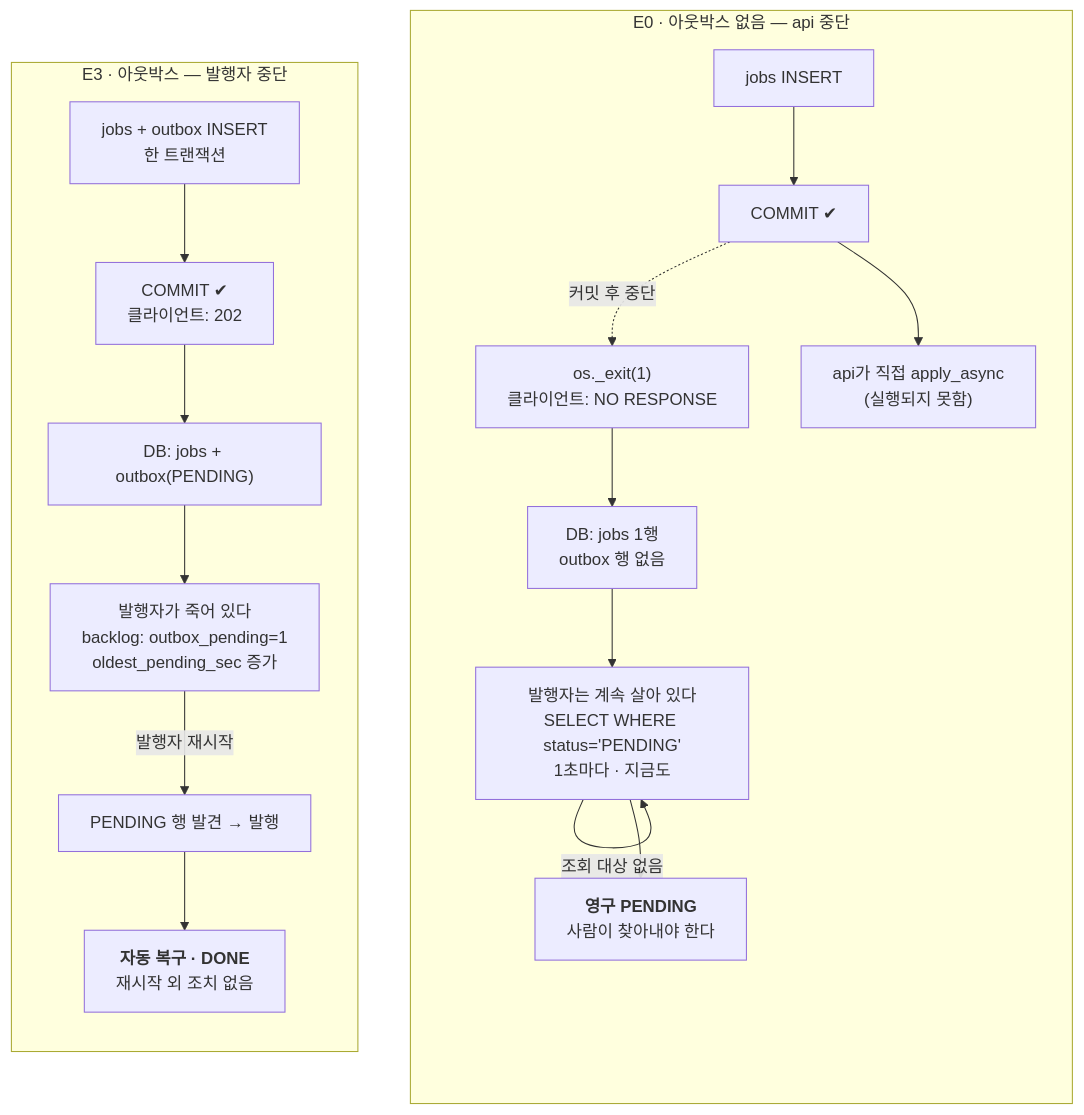
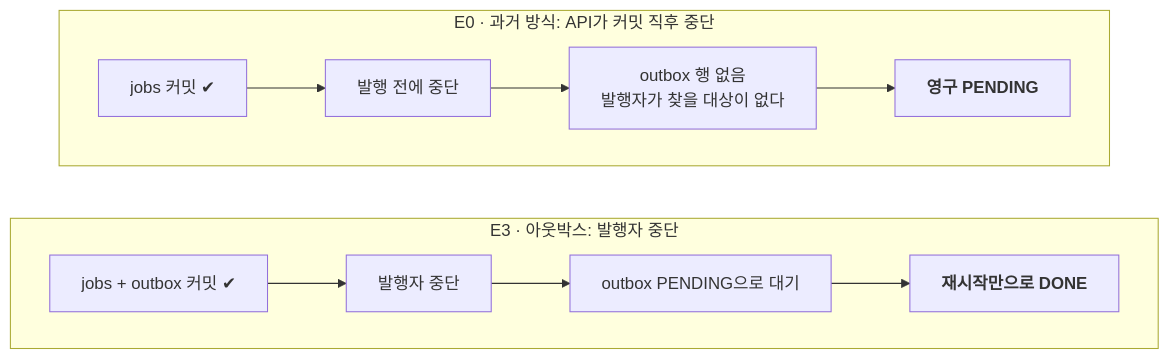
The third of 3 diagrams in README.md (jn8366ew/retro-msg-queue), drawn with Mermaid before and after one commit. The commit also changed other lines of this file and 1 other file, not shown here.

````diff
--- a/README.md
+++ b/README.md
@@ -136,21 +143,16 @@
 ```mermaid
 flowchart TB
-    subgraph LEGACY["E0 · 아웃박스 없음 — api 중단"]
-        direction TB
-        A1["jobs INSERT"] --> A2["COMMIT ✔"]
-        A2 -.커밋 후 중단.-> AX["os._exit(1)<br/>클라이언트: NO RESPONSE"]
-        A2 --> A3["api가 직접 apply_async<br/>(실행되지 못함)"]
-        AX --> A4["DB: jobs 1행<br/>outbox 행 없음"]
-        A4 --> A5["발행자는 계속 살아 있다<br/>SELECT WHERE status='PENDING'<br/>1초마다 · 지금도"]
-        A5 -->|"조회 대상 없음"| A5
-        A5 --> A6["<b>영구 PENDING</b><br/>사람이 찾아내야 한다"]
+    subgraph LEGACY["E0 · 과거 방식: API가 커밋 직후 중단"]
+        direction LR
+        L1["jobs 커밋 ✔"] --> L2["발행 전에 중단"]
+        L2 --> L3["outbox 행 없음<br/>발행자가 찾을 대상이 없다"]
+        L3 --> L4["<b>영구 PENDING</b>"]
     end
-    subgraph OUTBOX["E3 · 아웃박스 — 발행자 중단"]
-        direction TB
-        B1["jobs + outbox INSERT<br/>한 트랜잭션"] --> B2["COMMIT ✔<br/>클라이언트: 202"]
-        B2 --> B4["DB: jobs + outbox(PENDING)"]
-        B4 --> B5["발행자가 죽어 있다<br/>backlog: outbox_pending=1<br/>oldest_pending_sec 증가"]
-        B5 -->|"발행자 재시작"| B6["PENDING 행 발견 → 발행"]
-        B6 --> B7["<b>자동 복구 · DONE</b><br/>재시작 외 조치 없음"]
+    subgraph OUTBOX["E3 · 아웃박스: 발행자 중단"]
+        direction LR
+        O1["jobs + outbox 커밋 ✔"] --> O2["발행자 중단"]
+        O2 --> O3["outbox PENDING으로 대기"]
+        O3 --> O4["<b>재시작만으로 DONE</b>"]
     end
+    LEGACY ~~~ OUTBOX
 ```
````
